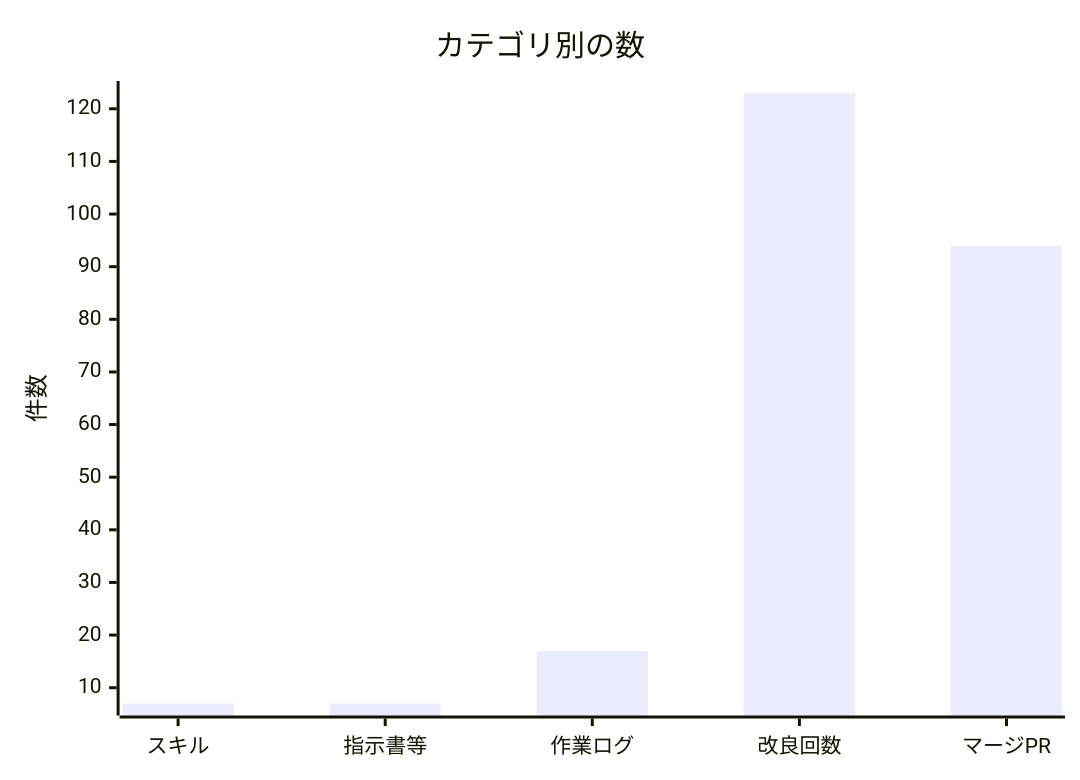
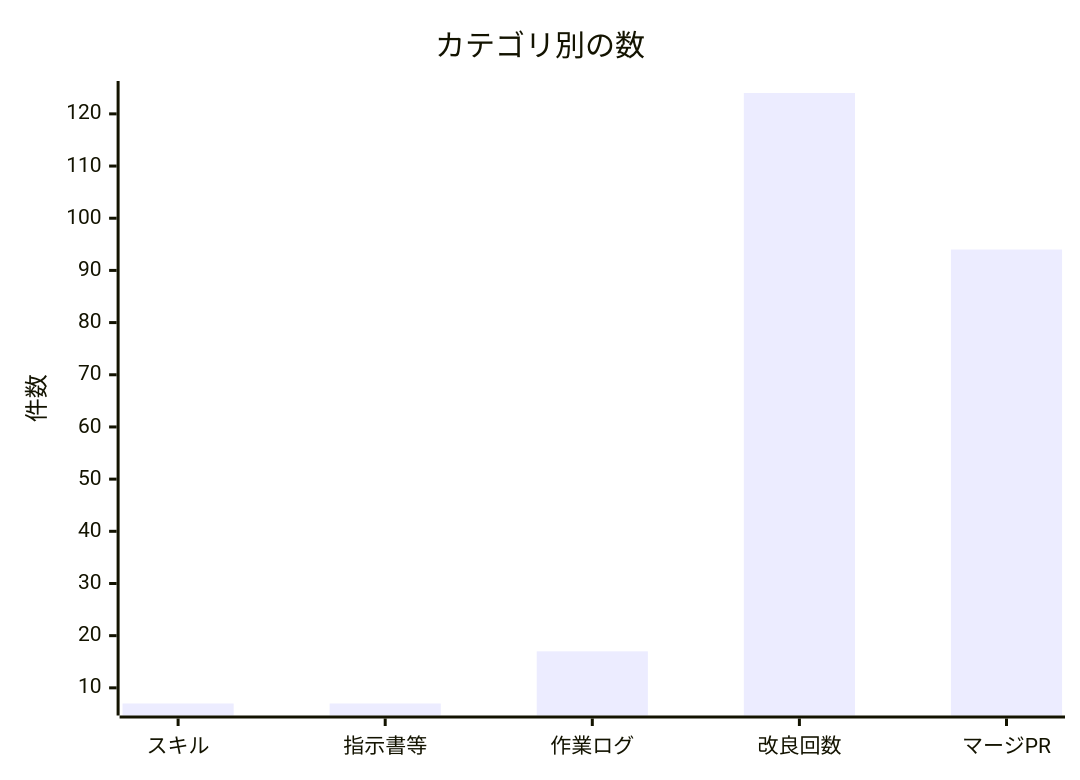
The second of 2 diagrams in docs/進化レポート.md (non-x2/non-x2), drawn with Mermaid before and after one commit. The commit also changed other lines of this file and 1 other file, not shown here.

````diff
--- a/docs/進化レポート.md
+++ b/docs/進化レポート.md
@@ -35,7 +35,7 @@
 ```mermaid
 xychart-beta
     title "カテゴリ別の数"
     x-axis ["スキル", "指示書等", "作業ログ", "改良回数", "マージPR"]
     y-axis "件数"
-    bar [7, 7, 17, 123, 94]
+    bar [7, 7, 17, 124, 94]
 ```
````
